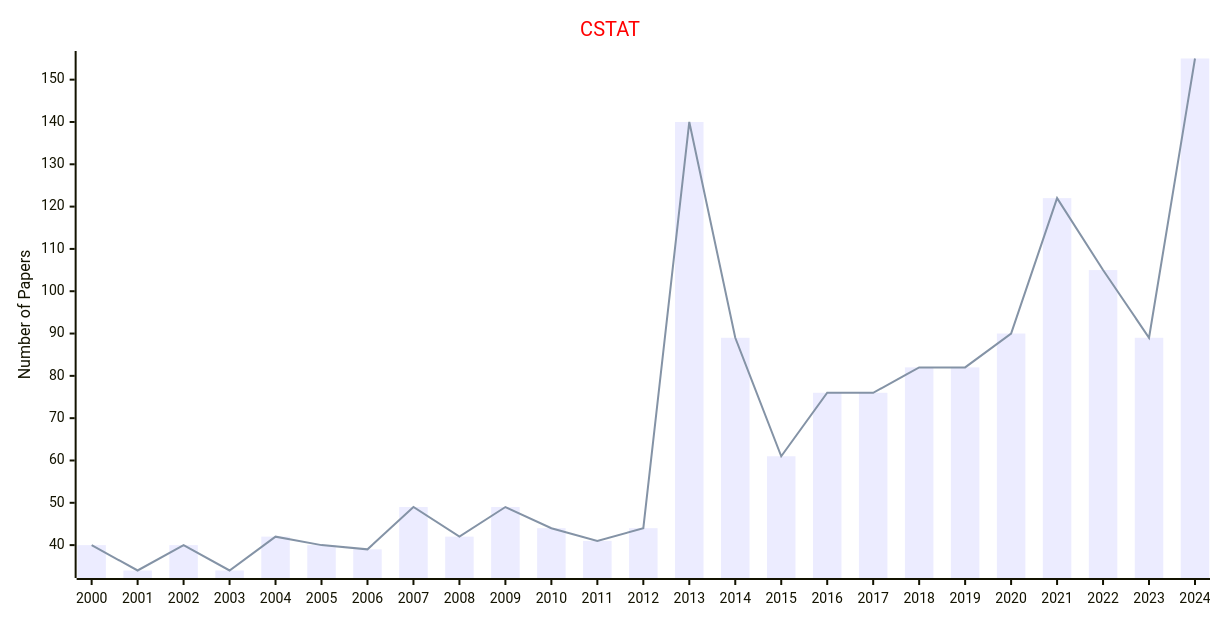
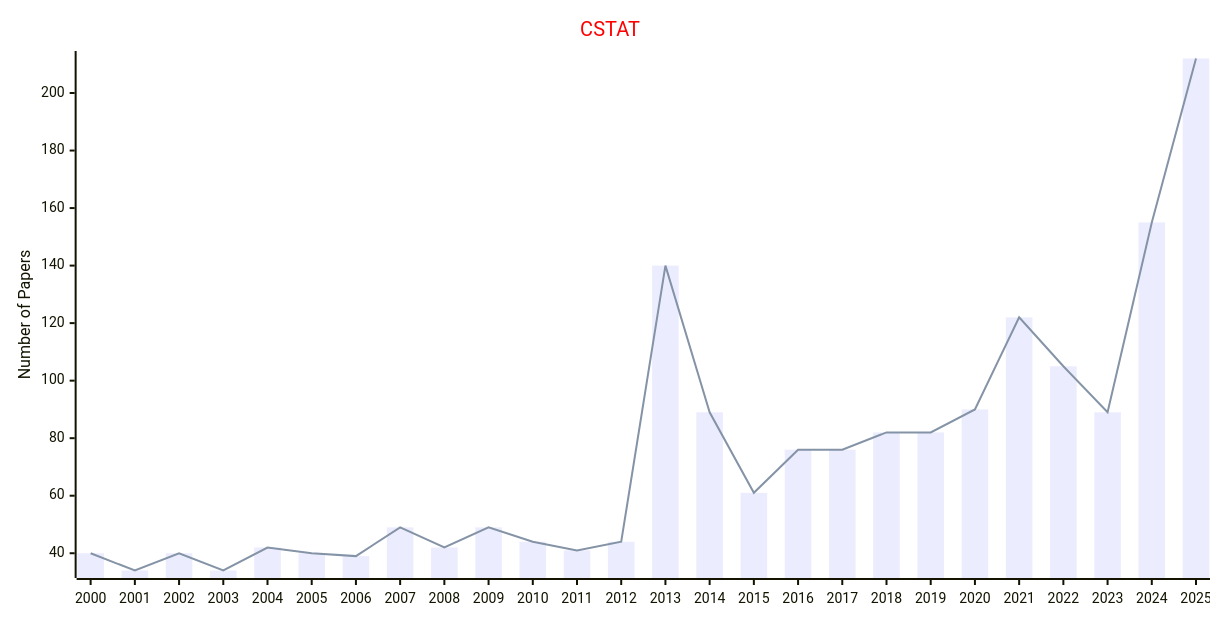
One commit to Easy-PhD/AILinks changed the second of 3 diagrams in docs/data/Journals/Statistics_Journals/Computational_Statistics.md. Above: the diagram before and after it, drawn with Mermaid. The commit also changed other lines of this file and 107 other files, not shown here.

````diff
--- a/docs/data/Journals/Statistics_Journals/Computational_Statistics.md
+++ b/docs/data/Journals/Statistics_Journals/Computational_Statistics.md
@@ -33,17 +33,17 @@
 ```mermaid
 ---
 config:
     xyChart:
         width: 1200
         height: 600
     themeVariables:
         xyChart:
             titleColor: "#ff0000"
 ---
 xychart-beta
     title "CSTAT"
-    x-axis [2000, 2001, 2002, 2003, 2004, 2005, 2006, 2007, 2008, 2009, 2010, 2011, 2012, 2013, 2014, 2015, 2016, 2017, 2018, 2019, 2020, 2021, 2022, 2023, 2024]
+    x-axis [2000, 2001, 2002, 2003, 2004, 2005, 2006, 2007, 2008, 2009, 2010, 2011, 2012, 2013, 2014, 2015, 2016, 2017, 2018, 2019, 2020, 2021, 2022, 2023, 2024, 2025]
     y-axis "Number of Papers"
-    bar [40, 34, 40, 34, 42, 40, 39, 49, 42, 49, 44, 41, 44, 140, 89, 61, 76, 76, 82, 82, 90, 122, 105, 89, 155]
-    line [40, 34, 40, 34, 42, 40, 39, 49, 42, 49, 44, 41, 44, 140, 89, 61, 76, 76, 82, 82, 90, 122, 105, 89, 155]
+    bar [40, 34, 40, 34, 42, 40, 39, 49, 42, 49, 44, 41, 44, 140, 89, 61, 76, 76, 82, 82, 90, 122, 105, 89, 155, 212]
+    line [40, 34, 40, 34, 42, 40, 39, 49, 42, 49, 44, 41, 44, 140, 89, 61, 76, 76, 82, 82, 90, 122, 105, 89, 155, 212]
 ```
````
